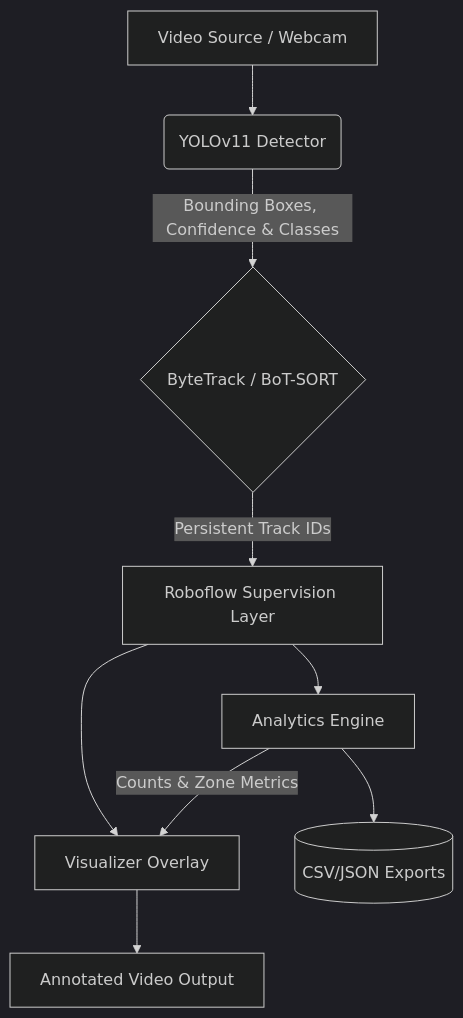
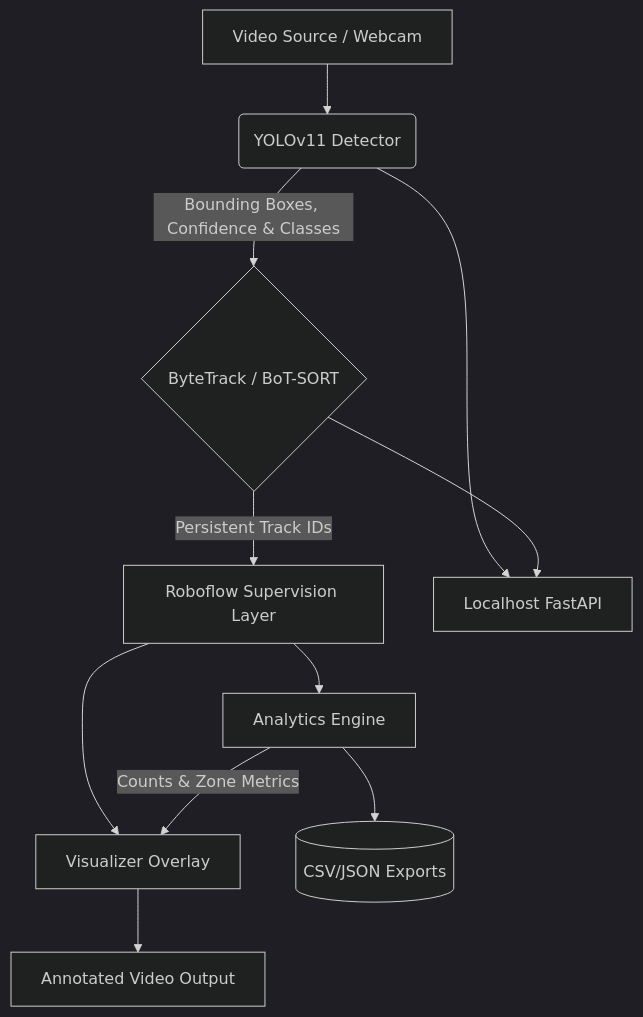
One commit to h01t/vtrack changed the diagram in docs/project-overview.md. Above: the diagram before and after it, drawn with Mermaid (dark theme). The commit also changed other lines of this file and 14 other files, not shown here.

First line of the commit message:
Close PoC gaps with MOT17 TrackEval metrics and localhost FastAPI serve.

````diff
--- a/docs/project-overview.md
+++ b/docs/project-overview.md
@@ -17,11 +19,13 @@
 ```mermaid
 graph TD
     A[Video Source / Webcam] --> B(YOLOv11 Detector)
     B -->|Bounding Boxes, Confidence & Classes| C{ByteTrack / BoT-SORT}
     C -->|Persistent Track IDs| D[Roboflow Supervision Layer]
     D --> E[Analytics Engine]
     D --> F[Visualizer Overlay]
     E -->|Counts & Zone Metrics| F
     E --> G[(CSV/JSON Exports)]
     F --> H[Annotated Video Output]
+    B --> I[Localhost FastAPI]
+    C --> I
 ```
````
